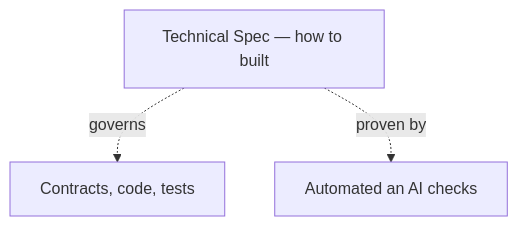
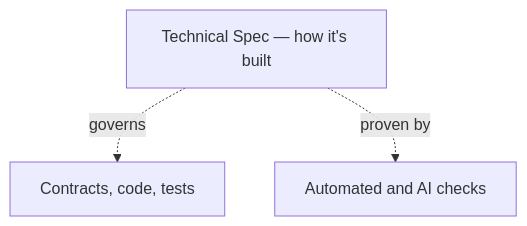
Before and after one commit to foreachpartners/main-spex: the second of 2 diagrams in README.md, drawn with Mermaid. The commit also changed other lines of this file and 1 other file, not shown here.

````diff
--- a/README.md
+++ b/README.md
@@ -105,5 +105,5 @@
 ```mermaid
 flowchart TD
-    Tech["Technical Spec — how to built"] -.governs.-> Flow["Contracts, code, tests"]
-    Tech -.proven by.-> Checks["Automated an AI checks"]
+    Tech["Technical Spec — how it's built"] -.governs.-> Flow["Contracts, code, tests"]
+    Tech -.proven by.-> Checks["Automated and AI checks"]
 ```
````
